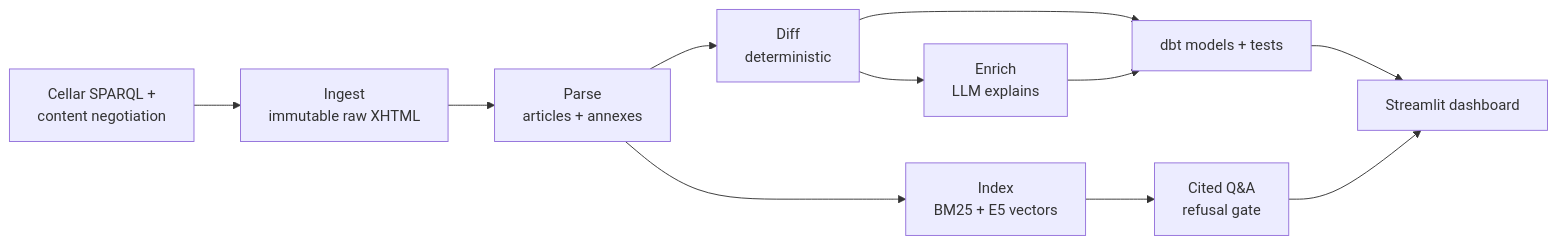
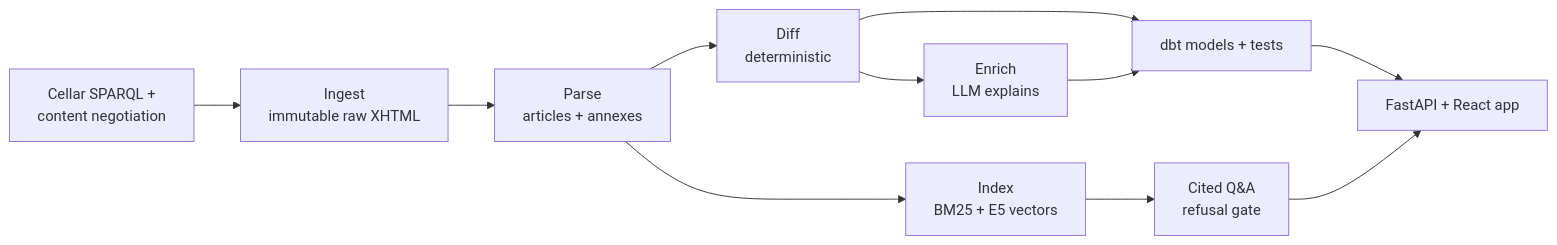
Before and after one commit to Aress07/Regulatory-and-policy-change-tracker: the diagram in README.md, drawn with Mermaid. The commit also changed other lines of this file and 11 other files, not shown here.

````diff
--- a/README.md
+++ b/README.md
@@ -15,13 +15,13 @@
 ```mermaid
 flowchart LR
     A[Cellar SPARQL +<br/>content negotiation] --> B[Ingest<br/>immutable raw XHTML]
     B --> C[Parse<br/>articles + annexes]
     C --> D[Diff<br/>deterministic]
     D --> E[Enrich<br/>LLM explains]
     C --> F[Index<br/>BM25 + E5 vectors]
     D --> G[dbt models + tests]
     E --> G
-    G --> H[Streamlit dashboard]
+    G --> H[FastAPI + React app]
     F --> I[Cited Q&A<br/>refusal gate]
     I --> H
 ```
````
